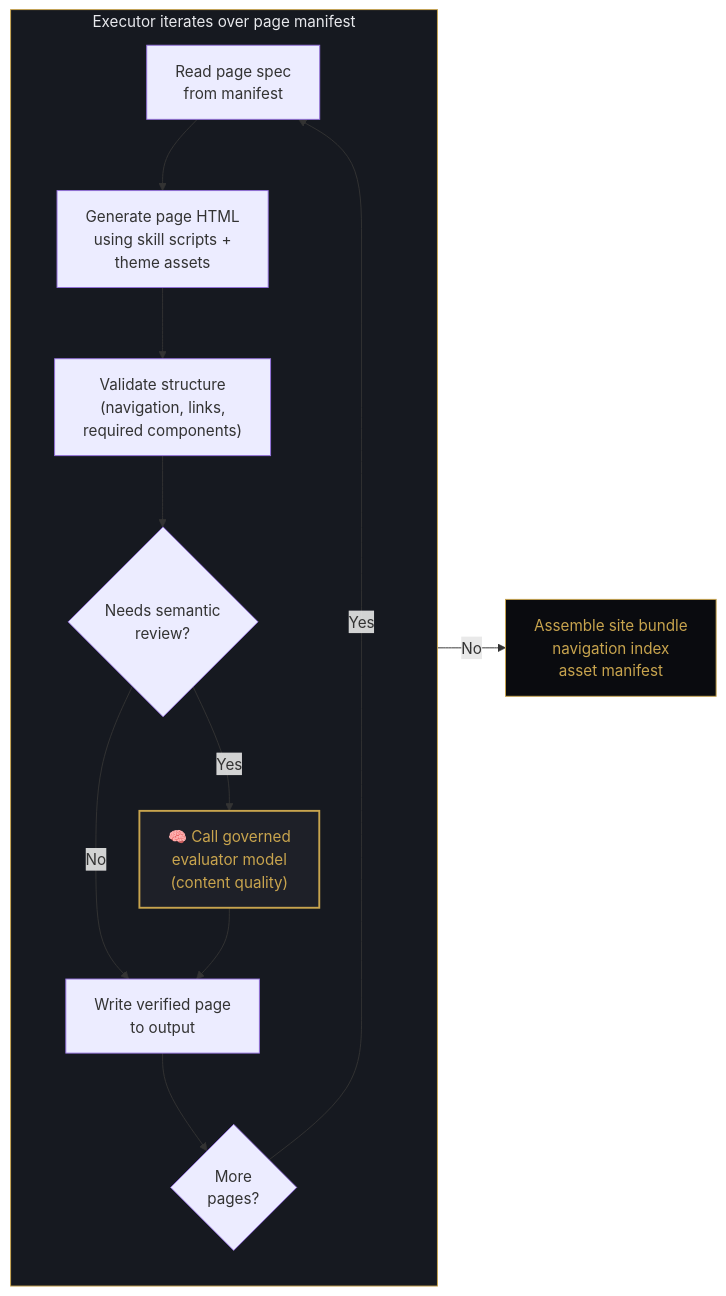
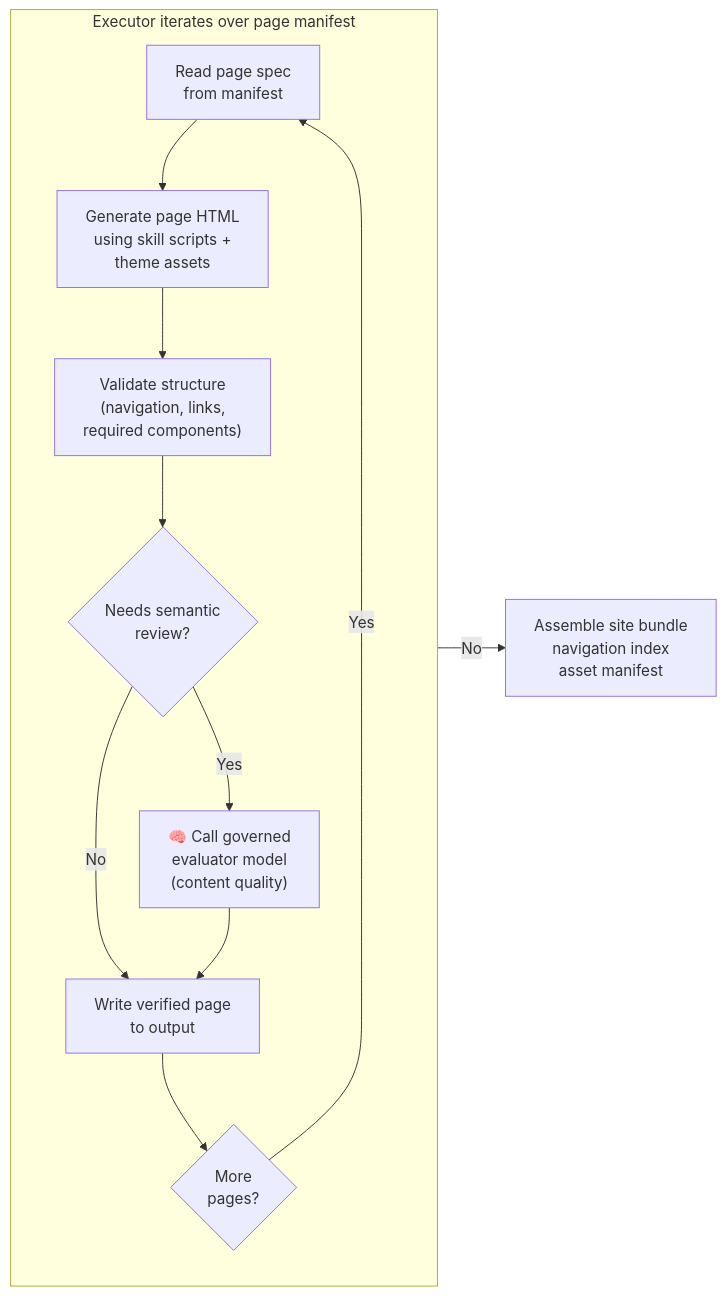
One commit to amadalis-ai/forge-architecture changed the fourth of 10 diagrams in docs/diagrams-draft.md. Above: the diagram before and after it, drawn with Mermaid. The commit also changed other lines of this file, not shown here.

Commit message:
Remove custom dark styling from diagrams — use GitHub default theme for visibility

````diff
--- a/docs/diagrams-draft.md
+++ b/docs/diagrams-draft.md
@@ -121,27 +101,23 @@
 ```mermaid
 flowchart LR
     subgraph LOOP["Executor iterates over page manifest"]
         direction TB
         W1["Read page spec\nfrom manifest"]
         W2["Generate page HTML\nusing skill scripts +\ntheme assets"]
         W3["Validate structure\n(navigation, links,\nrequired components)"]
         W4{"Needs semantic\nreview?"}
         W5["🧠 Call governed\nevaluator model\n(content quality)"]
         W6["Write verified page\nto output"]
         W7{"More\npages?"}
 
         W1 --> W2 --> W3 --> W4
         W4 -->|No| W6
         W4 -->|Yes| W5 --> W6
         W6 --> W7
         W7 -->|Yes| W1
     end
 
     OUT["Assemble site bundle\nnavigation index\nasset manifest"]
 
     W7 -->|No| OUT
-
-    style LOOP fill:#161920,stroke:#c8a44e,color:#e8e9ed
-    style W5 fill:#1e2028,stroke:#c8a44e,color:#c8a44e,stroke-width:2px
-    style OUT fill:#0a0b0f,stroke:#c8a44e,color:#c8a44e
 ```
````
